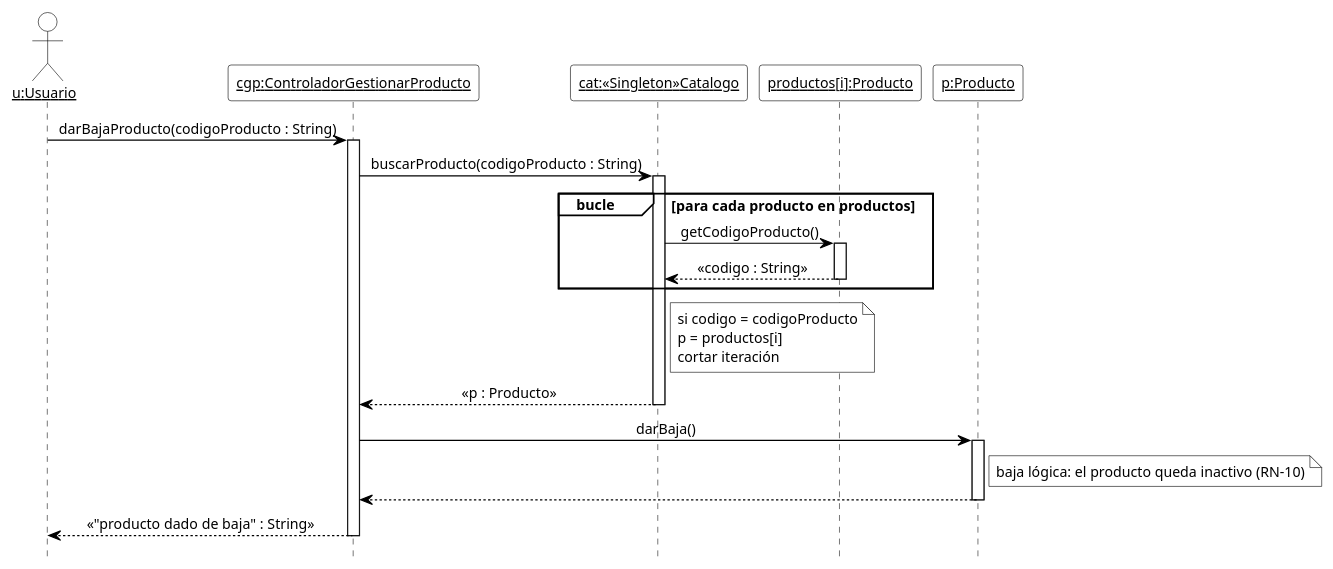
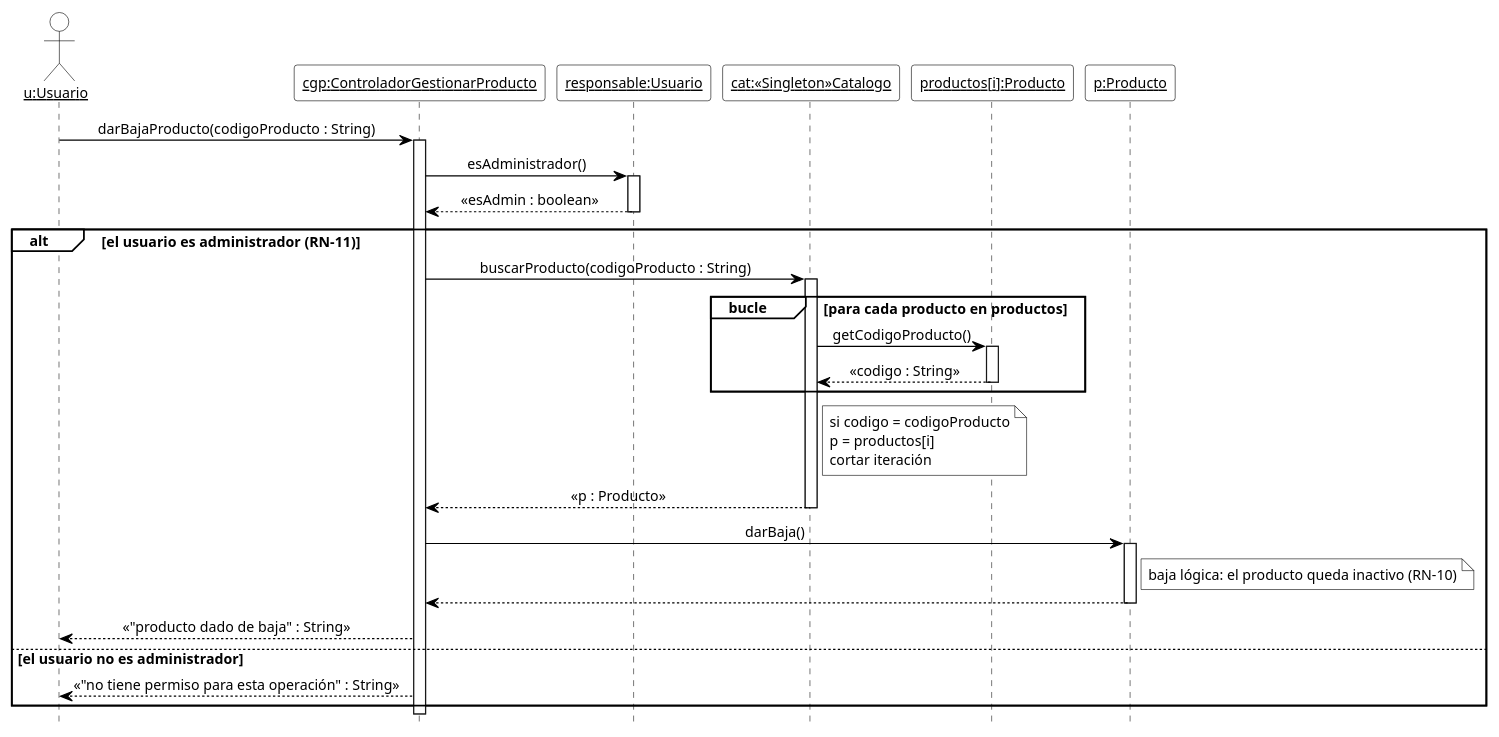
The ninth of 18 diagrams in 08-Diagrama De Secuencia/Diagramas_de_Secuencia.md (cirotop/Stock-Project), drawn with PlantUML before and after one commit. The commit also changed other lines of this file and 20 other files, not shown here.

````diff
--- a/08-Diagrama De Secuencia/Diagramas_de_Secuencia.md
+++ b/08-Diagrama De Secuencia/Diagramas_de_Secuencia.md
@@ -587,49 +640,57 @@
 ```plantuml
 @startuml DSD_CU-04_darBajaProducto
 ' Diagrama de Secuencia de Diseño (DSD) - CU-04 Gestionar producto - darBajaProducto
 ' Estilo de los ejemplos de la teoría (introducirArticulo / crearNuevaVenta).
 hide footbox
 skinparam shadowing false
 skinparam defaultFontName Arial
 skinparam defaultFontSize 12
 skinparam sequenceMessageAlign center
 skinparam ArrowColor black
 skinparam ParticipantBackgroundColor white
 skinparam ParticipantBorderColor black
 skinparam CollectionsBackgroundColor white
 skinparam CollectionsBorderColor black
 skinparam ActorBackgroundColor white
 skinparam ActorBorderColor black
 skinparam LifeLineBorderColor black
 skinparam LifeLineBackgroundColor white
 skinparam SequenceGroupBackgroundColor white
 skinparam SequenceGroupBorderColor black
 skinparam SequenceGroupHeaderFontColor black
 skinparam NoteBackgroundColor white
 skinparam NoteBorderColor black
 
 actor "<u>u:Usuario</u>" as u
 participant "<u>cgp:ControladorGestionarProducto</u>" as cgp
+participant "<u>responsable:Usuario</u>" as resp
 participant "<u>cat:«Singleton»Catalogo</u>" as cat
 participant "<u>productos[i]:Producto</u>" as pi
 participant "<u>p:Producto</u>" as p
 
 u -> cgp ++ : darBajaProducto(codigoProducto : String)
-cgp -> cat ++ : buscarProducto(codigoProducto : String)
-group bucle [para cada producto en productos]
-  cat -> pi ++ : getCodigoProducto()
-  pi --> cat -- : «codigo : String»
+cgp -> resp ++ : esAdministrador()
+resp --> cgp -- : «esAdmin : boolean»
+alt el usuario es administrador (RN-11)
+  cgp -> cat ++ : buscarProducto(codigoProducto : String)
+  group bucle [para cada producto en productos]
+    cat -> pi ++ : getCodigoProducto()
+    pi --> cat -- : «codigo : String»
+  end
+  note right of cat
+    si codigo = codigoProducto
+    p = productos[i]
+    cortar iteración
+  end note
+  cat --> cgp -- : «p : Producto»
+  cgp -> p ++ : darBaja()
+  note right of p : baja lógica: el producto queda inactivo (RN-10)
+  p --> cgp --
+  cgp --> u : «"producto dado de baja" : String»
+else el usuario no es administrador
+  cgp --> u : «"no tiene permiso para esta operación" : String»
 end
-note right of cat
-  si codigo = codigoProducto
-  p = productos[i]
-  cortar iteración
-end note
-cat --> cgp -- : «p : Producto»
-cgp -> p ++ : darBaja()
-note right of p : baja lógica: el producto queda inactivo (RN-10)
-p --> cgp --
-cgp --> u -- : «"producto dado de baja" : String»
+deactivate cgp
 
 @enduml
 ```
````
